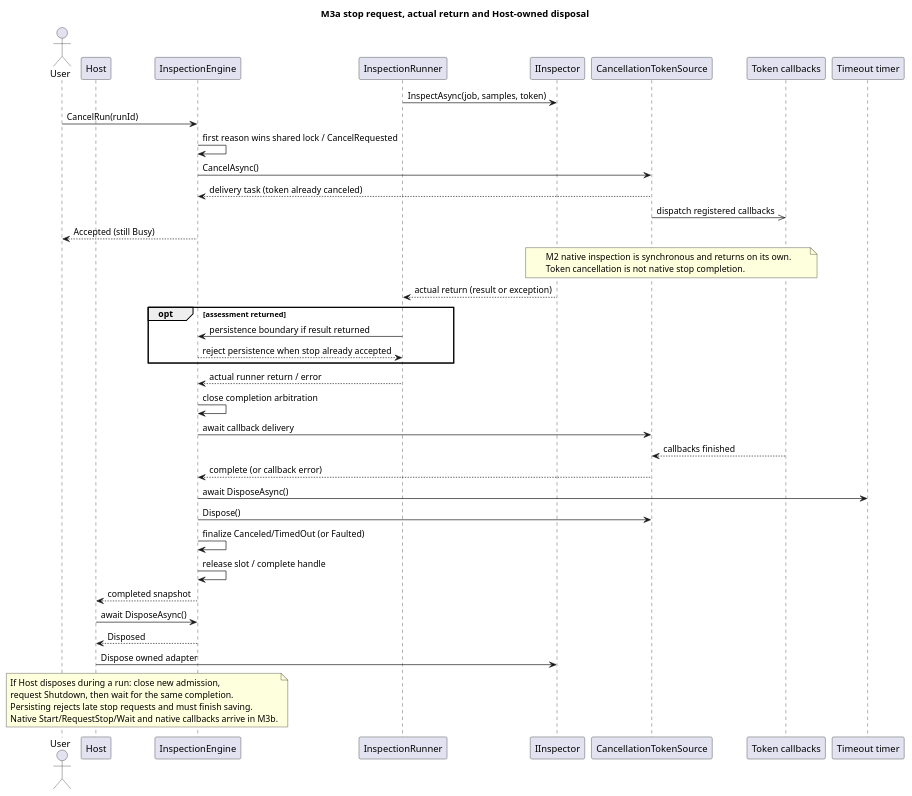
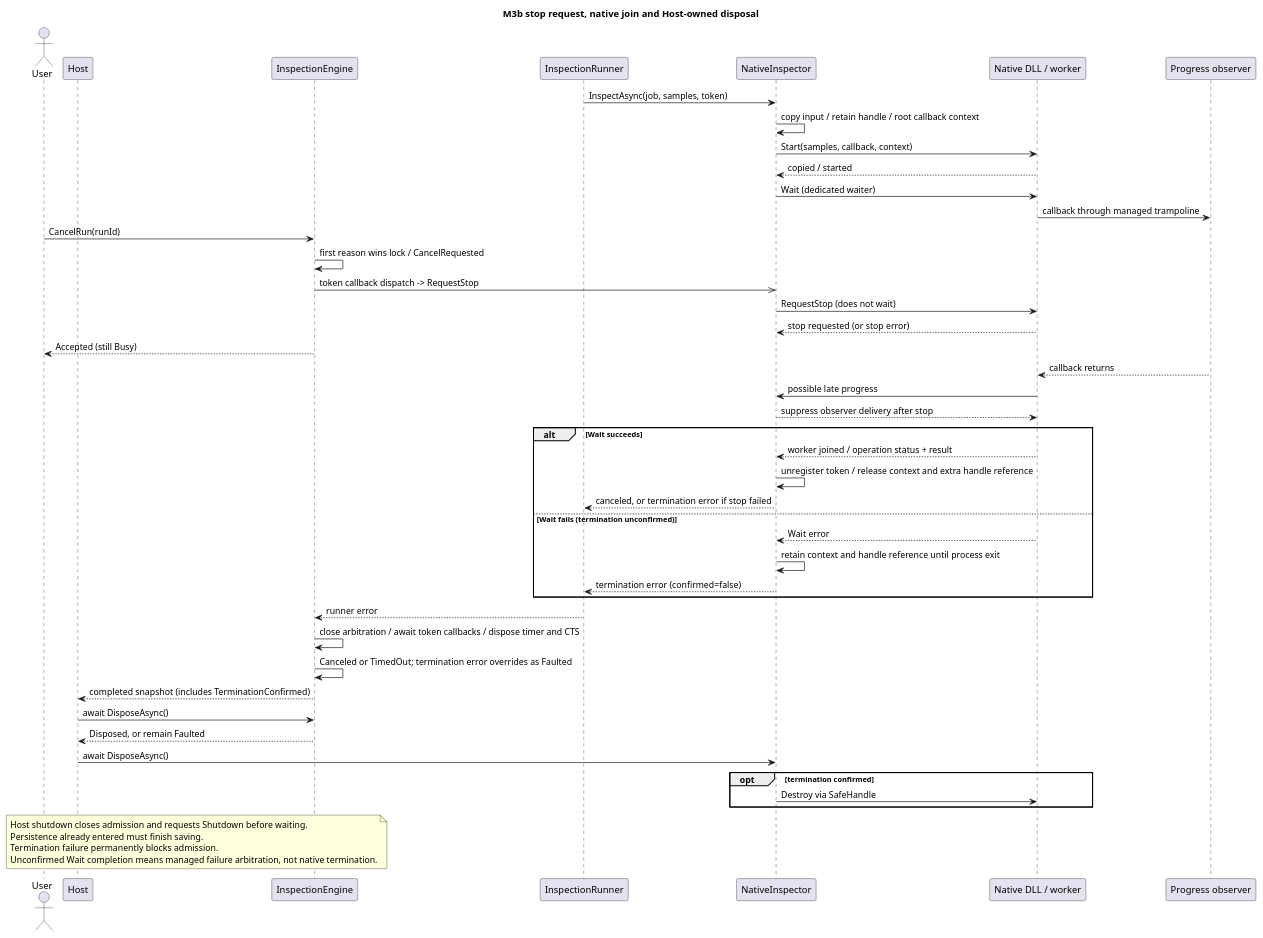
Before and after one commit to Myoungmin/CSharp-InspectionCore-Lab: the diagram in docs/diagrams/cancel-shutdown-sequence.puml, drawn with PlantUML. The commit also changed 43 other files, not shown here.

Commit message:
feat: add native asynchronous lifecycle and safe shutdown

```diff
--- a/docs/diagrams/cancel-shutdown-sequence.puml
+++ b/docs/diagrams/cancel-shutdown-sequence.puml
@@ -1,46 +1,50 @@
 @startuml cancel-shutdown-sequence
-title M3a stop request, actual return and Host-owned disposal
+title M3b stop request, native join and Host-owned disposal
 actor User
 participant Host
 participant InspectionEngine as Engine
 participant InspectionRunner as Runner
-participant IInspector as Inspector
-participant CancellationTokenSource as CTS
-participant "Token callbacks" as Callbacks
-participant "Timeout timer" as Timer
+participant NativeInspector as Inspector
+participant "Native DLL / worker" as DLL
+participant "Progress observer" as Observer
 Runner -> Inspector : InspectAsync(job, samples, token)
+Inspector -> Inspector : copy input / retain handle / root callback context
+Inspector -> DLL : Start(samples, callback, context)
+DLL --> Inspector : copied / started
+Inspector -> DLL : Wait (dedicated waiter)
+DLL -> Observer : callback through managed trampoline
 User -> Engine : CancelRun(runId)
-Engine -> Engine : first reason wins shared lock / CancelRequested
-Engine -> CTS : CancelAsync()
-CTS --> Engine : delivery task (token already canceled)
-CTS ->> Callbacks : dispatch registered callbacks
+Engine -> Engine : first reason wins lock / CancelRequested
+Engine ->> Inspector : token callback dispatch -> RequestStop
+Inspector -> DLL : RequestStop (does not wait)
+DLL --> Inspector : stop requested (or stop error)
 Engine --> User : Accepted (still Busy)
-note over Inspector, Callbacks
-M2 native inspection is synchronous and returns on its own.
-Token cancellation is not native stop completion.
-end note
-Inspector --> Runner : actual return (result or exception)
-opt assessment returned
-Runner -> Engine : persistence boundary if result returned
-Engine --> Runner : reject persistence when stop already accepted
+Observer --> DLL : callback returns
+DLL -> Inspector : possible late progress
+Inspector --> DLL : suppress observer delivery after stop
+alt Wait succeeds
+DLL --> Inspector : worker joined / operation status + result
+Inspector -> Inspector : unregister token / release context and extra handle reference
+Inspector --> Runner : canceled, or termination error if stop failed
+else Wait fails (termination unconfirmed)
+DLL --> Inspector : Wait error
+Inspector -> Inspector : retain context and handle reference until process exit
+Inspector --> Runner : termination error (confirmed=false)
 end
-Runner --> Engine : actual runner return / error
-Engine -> Engine : close completion arbitration
-Engine -> CTS : await callback delivery
-Callbacks --> CTS : callbacks finished
-CTS --> Engine : complete (or callback error)
-Engine -> Timer : await DisposeAsync()
-Engine -> CTS : Dispose()
-Engine -> Engine : finalize Canceled/TimedOut (or Faulted)
-Engine -> Engine : release slot / complete handle
-Engine --> Host : completed snapshot
+Runner --> Engine : runner error
+Engine -> Engine : close arbitration / await token callbacks / dispose timer and CTS
+Engine -> Engine : Canceled or TimedOut; termination error overrides as Faulted
+Engine --> Host : completed snapshot (includes TerminationConfirmed)
 Host -> Engine : await DisposeAsync()
-Engine --> Host : Disposed
-Host -> Inspector : Dispose owned adapter
+Engine --> Host : Disposed, or remain Faulted
+Host -> Inspector : await DisposeAsync()
+opt termination confirmed
+Inspector -> DLL : Destroy via SafeHandle
+end
 note over Host, Engine
-If Host disposes during a run: close new admission,
-request Shutdown, then wait for the same completion.
-Persisting rejects late stop requests and must finish saving.
-Native Start/RequestStop/Wait and native callbacks arrive in M3b.
+Host shutdown closes admission and requests Shutdown before waiting.
+Persistence already entered must finish saving.
+Termination failure permanently blocks admission.
+Unconfirmed Wait completion means managed failure arbitration, not native termination.
 end note
 @enduml
```
